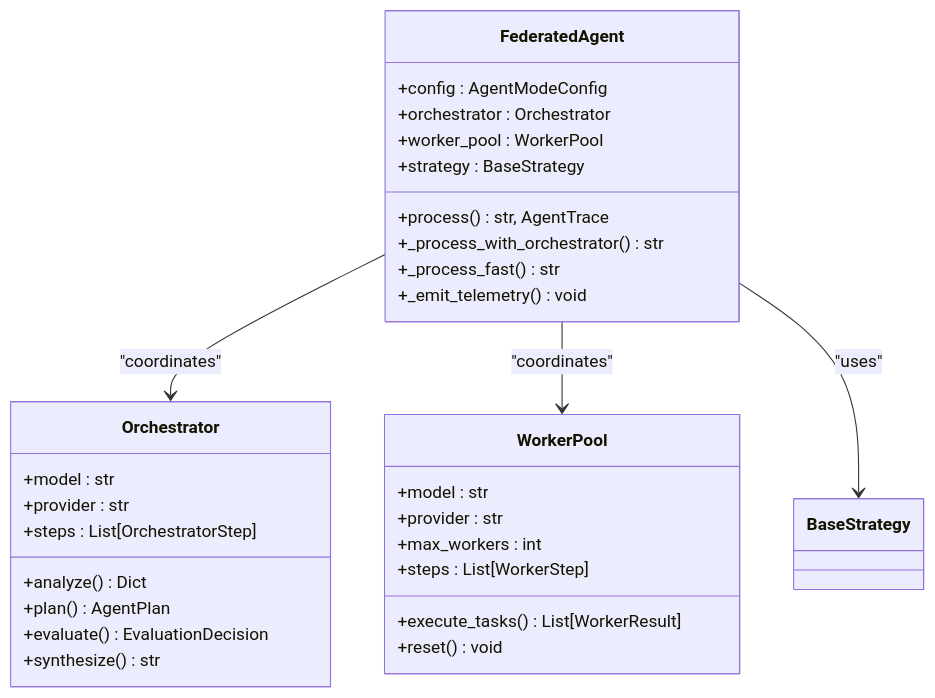
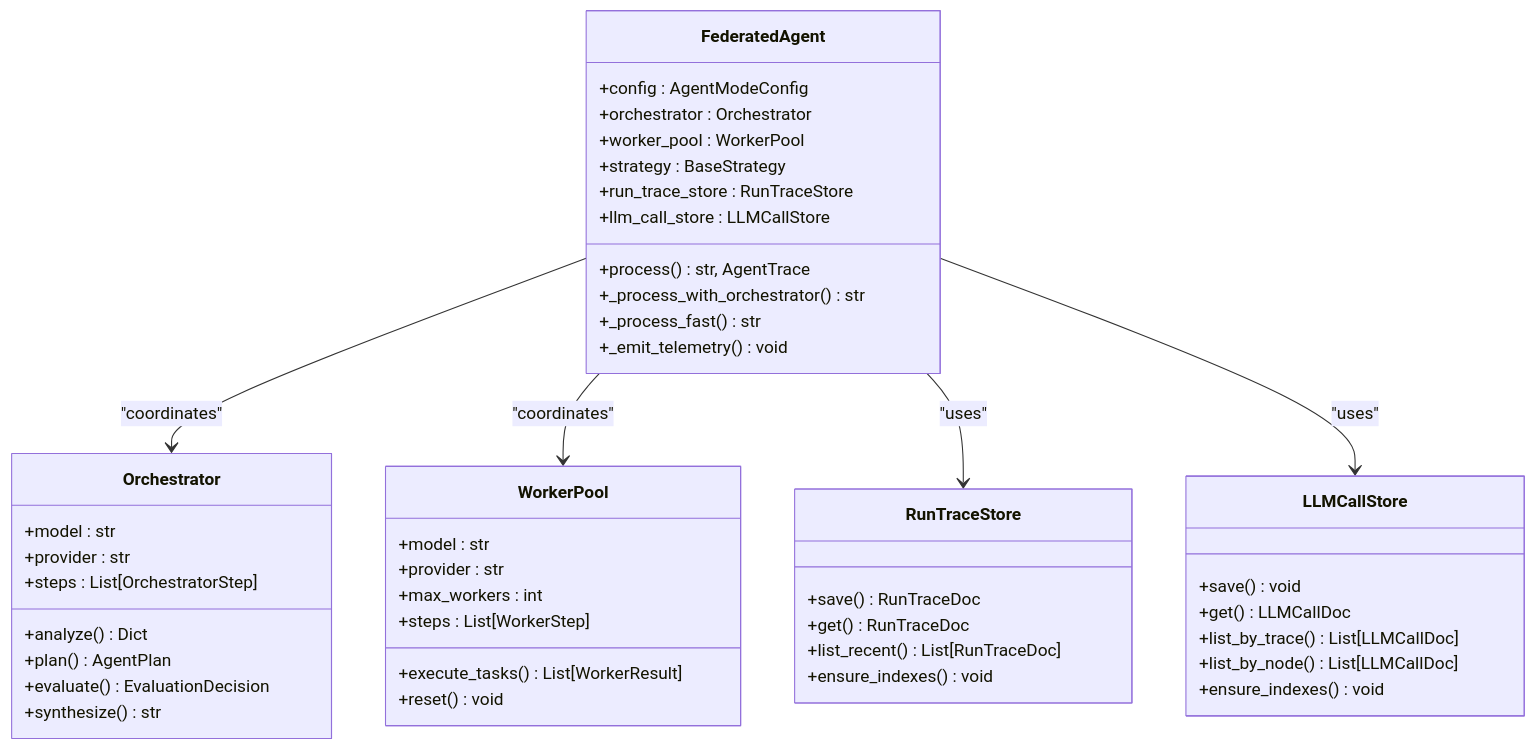
One commit to emanuelplopu/MongoDB-RAG-Agent changed the fourth of 7 diagrams in .qoder/repowiki/en/content/Core Features/Strategy Operating System.md. Above: the diagram before and after it, drawn with Mermaid. The commit also changed other lines of this file and 1 other file, not shown here.

Commit message:
Update Strategy OS repowiki with telemetry and tracing

````diff
--- a/.qoder/repowiki/en/content/Core Features/Strategy Operating System.md
+++ b/.qoder/repowiki/en/content/Core Features/Strategy Operating System.md
@@ -186,33 +326,49 @@
 ```mermaid
 classDiagram
 class FederatedAgent {
 +config : AgentModeConfig
 +orchestrator : Orchestrator
 +worker_pool : WorkerPool
 +strategy : BaseStrategy
++run_trace_store : RunTraceStore
++llm_call_store : LLMCallStore
 +process() str, AgentTrace
 +_process_with_orchestrator() str
 +_process_fast() str
 +_emit_telemetry() void
 }
 class Orchestrator {
 +model : str
 +provider : str
 +steps : List[OrchestratorStep]
 +analyze() Dict
 +plan() AgentPlan
 +evaluate() EvaluationDecision
 +synthesize() str
 }
 class WorkerPool {
 +model : str
 +provider : str
 +max_workers : int
 +steps : List[WorkerStep]
 +execute_tasks() List[WorkerResult]
 +reset() void
 }
+class RunTraceStore {
++save() RunTraceDoc
++get() RunTraceDoc
++list_recent() List[RunTraceDoc]
++ensure_indexes() void
+}
+class LLMCallStore {
++save() void
++get() LLMCallDoc
++list_by_trace() List[LLMCallDoc]
++list_by_node() List[LLMCallDoc]
++ensure_indexes() void
+}
 FederatedAgent --> Orchestrator : "coordinates"
 FederatedAgent --> WorkerPool : "coordinates"
-FederatedAgent --> BaseStrategy : "uses"
+FederatedAgent --> RunTraceStore : "uses"
+FederatedAgent --> LLMCallStore : "uses"
 ```
````
